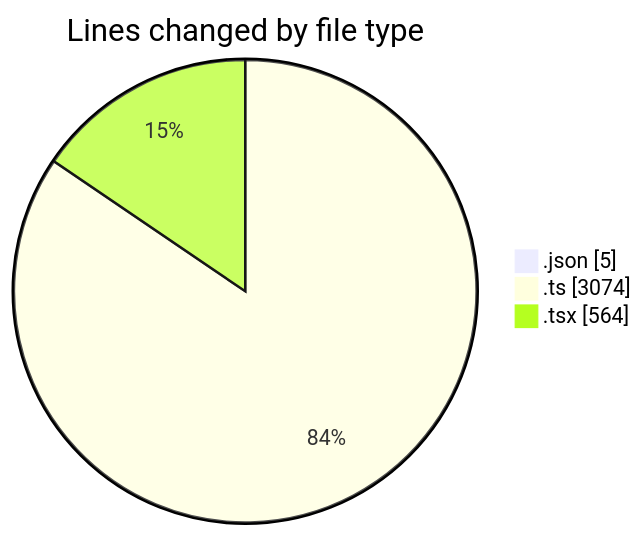
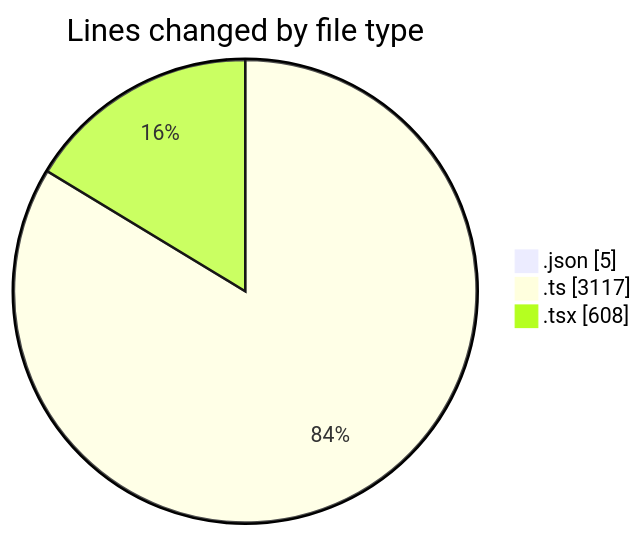
Before and after one commit to CELIANVF/code-tracking: the first of 2 diagrams in 2025-05-09/ecodeli/README.md, drawn with Mermaid. The commit also changed other lines of this file and 1 other file, not shown here.

````diff
--- a/2025-05-09/ecodeli/README.md
+++ b/2025-05-09/ecodeli/README.md
@@ -25,7 +25,7 @@
 ```mermaid
 pie showData
 title Lines changed by file type
 ".json" : 5
-".ts" : 3074
-".tsx" : 564
+".ts" : 3117
+".tsx" : 608
 ```
````
